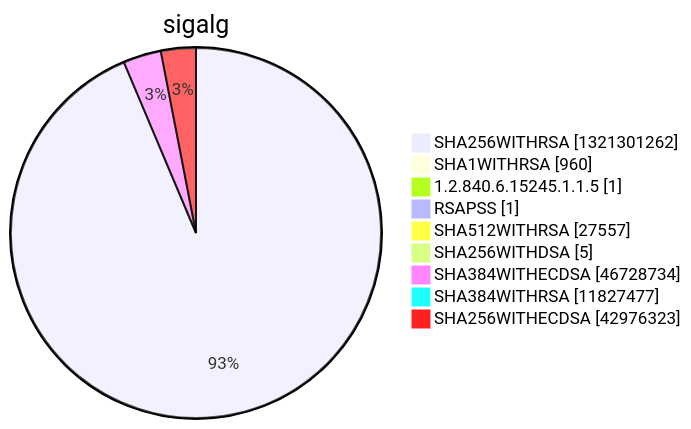
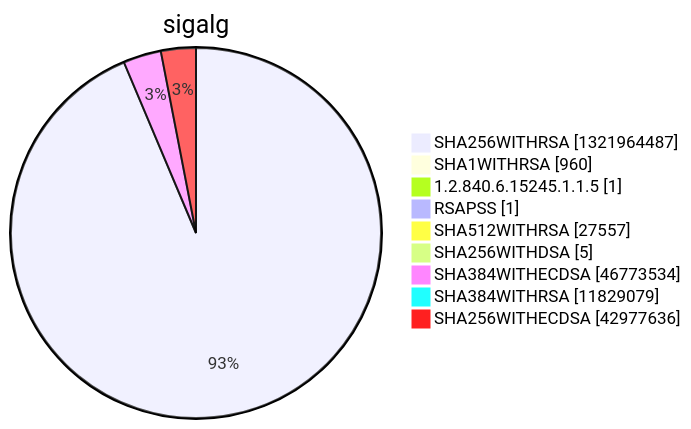
Diagram 15 of 15 in argon2022/README.md (christiankrug/ctmonitor_visualization), drawn with Mermaid before and after one commit. The commit also changed other lines of this file, not shown here.

````diff
--- a/argon2022/README.md
+++ b/argon2022/README.md
@@ -5524,13 +5524,13 @@
 ```mermaid
 pie showData
 title sigalg
-"SHA256WITHRSA" :1321301262
+"SHA256WITHRSA" :1321964487
 "SHA1WITHRSA" :960
 "1.2.840.6.15245.1.1.5" :1
 "RSAPSS" :1
 "SHA512WITHRSA" :27557
 "SHA256WITHDSA" :5
-"SHA384WITHECDSA" :46728734
-"SHA384WITHRSA" :11827477
-"SHA256WITHECDSA" :42976323
+"SHA384WITHECDSA" :46773534
+"SHA384WITHRSA" :11829079
+"SHA256WITHECDSA" :42977636
 ```
````
